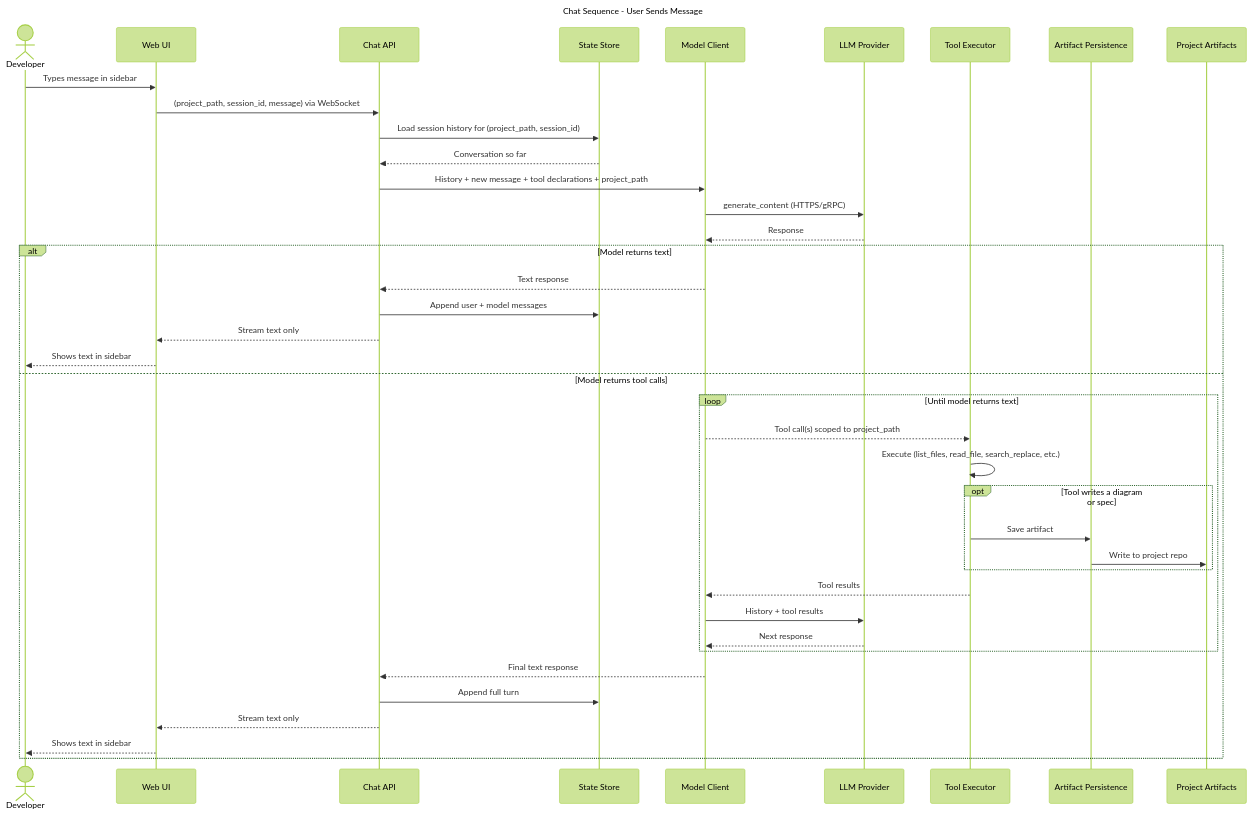
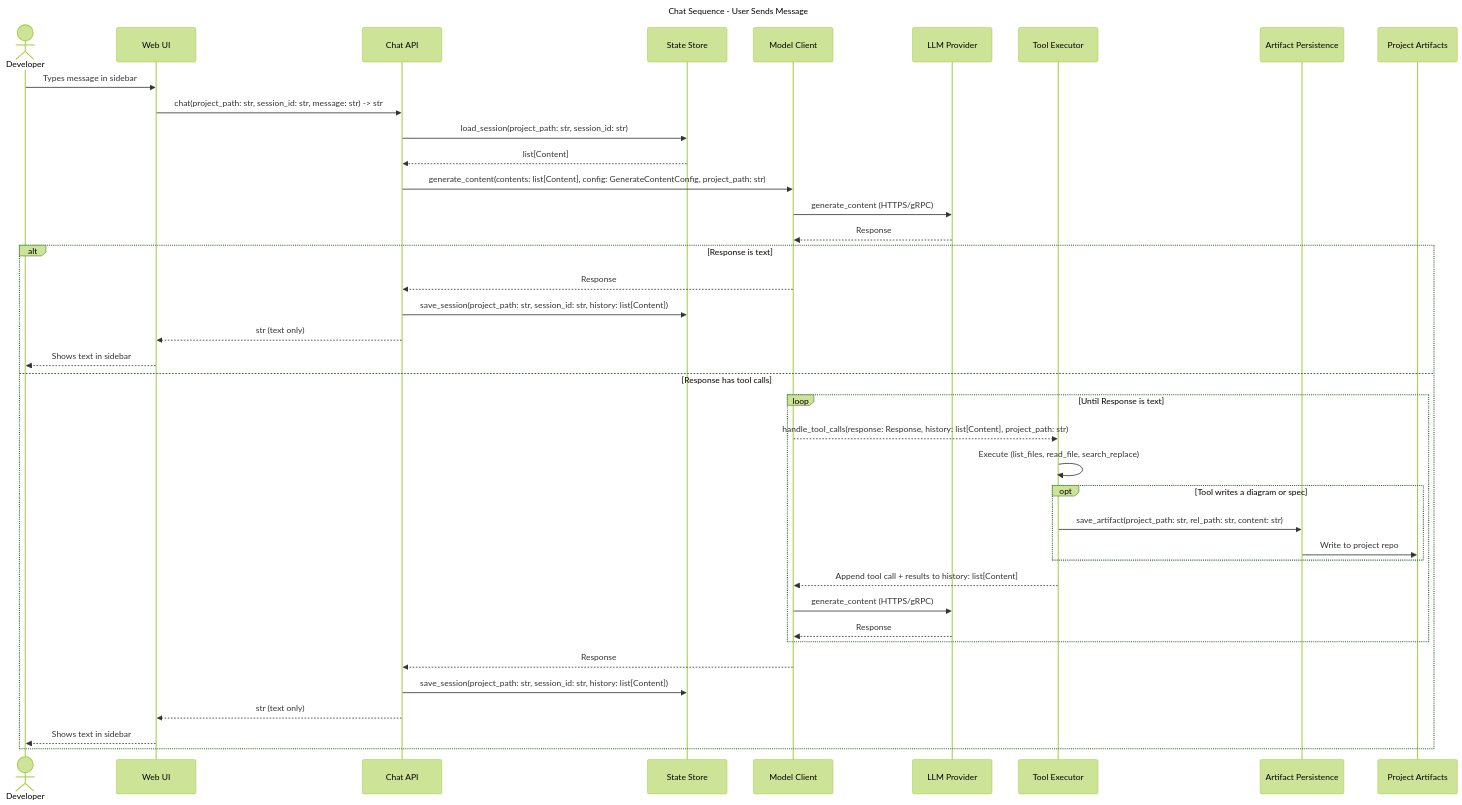
Before and after one commit to RohanAwhad/bazinga: the diagram in .dingllm/specs/v3/005_server_chat_sequence.mmd, drawn with Mermaid (forest theme). The commit also changed 2 other files, not shown here.

Commit message:
docs: add code-level diagrams and refine chat sequence with typed signatures
.dingllm/specs/v3/005_server_chat_sequence.mmd
- Replace informal labels with typed function signatures (load_session, save_session, generate_content, handle_tool_calls, save_artifact)
- Clarify loop condition and return types in alt branches

.dingllm/specs/v3/007_server_code.mmd
- Add code-level class diagram for ChatAPI, ModelClient, ToolExecutor, ArtifactPersistence, StateStore
- Include google-genai SDK types (Content, Tool, GenerateContentConfig, Response)

.dingllm/specs/v3/008_artifact_api_code.mmd
- Add code-level class diagram for ArtifactAPI, ArtifactPersistence, ArtifactEntry

```diff
--- a/.dingllm/specs/v3/005_server_chat_sequence.mmd
+++ b/.dingllm/specs/v3/005_server_chat_sequence.mmd
@@ -1,46 +1,46 @@
 ---
 title: Chat Sequence - User Sends Message
 ---
 sequenceDiagram
     actor Dev as Developer
     participant WEB as Web UI
     participant CHAT as Chat API
     participant STATE as State Store
     participant MODEL as Model Client
     participant LLM as LLM Provider
     participant TOOLS as Tool Executor
     participant PERSIST as Artifact Persistence
     participant ARTIFACTS as Project Artifacts
 
     Dev->>WEB: Types message in sidebar
-    WEB->>CHAT: (project_path, session_id, message) via WebSocket
+    WEB->>CHAT: chat(project_path: str, session_id: str, message: str) -> str
 
-    CHAT->>STATE: Load session history for (project_path, session_id)
-    STATE-->>CHAT: Conversation so far
+    CHAT->>STATE: load_session(project_path: str, session_id: str)
+    STATE-->>CHAT: list[Content]
 
-    CHAT->>MODEL: History + new message + tool declarations + project_path
+    CHAT->>MODEL: generate_content(contents: list[Content], config: GenerateContentConfig, project_path: str)
     MODEL->>LLM: generate_content (HTTPS/gRPC)
     LLM-->>MODEL: Response
 
-    alt Model returns text
-        MODEL-->>CHAT: Text response
-        CHAT->>STATE: Append user + model messages
-        CHAT-->>WEB: Stream text only
+    alt Response is text
+        MODEL-->>CHAT: Response
+        CHAT->>STATE: save_session(project_path: str, session_id: str, history: list[Content])
+        CHAT-->>WEB: str (text only)
         WEB-->>Dev: Shows text in sidebar
-    else Model returns tool calls
-        loop Until model returns text
-            MODEL-->>TOOLS: Tool call(s) scoped to project_path
-            TOOLS->>TOOLS: Execute (list_files, read_file, search_replace, etc.)
+    else Response has tool calls
+        loop Until Response is text
+            MODEL-->>TOOLS: handle_tool_calls(response: Response, history: list[Content], project_path: str)
+            TOOLS->>TOOLS: Execute (list_files, read_file, search_replace)
             opt Tool writes a diagram or spec
-                TOOLS->>PERSIST: Save artifact
+                TOOLS->>PERSIST: save_artifact(project_path: str, rel_path: str, content: str)
                 PERSIST->>ARTIFACTS: Write to project repo
             end
-            TOOLS-->>MODEL: Tool results
-            MODEL->>LLM: History + tool results
-            LLM-->>MODEL: Next response
+            TOOLS-->>MODEL: Append tool call + results to history: list[Content]
+            MODEL->>LLM: generate_content (HTTPS/gRPC)
+            LLM-->>MODEL: Response
         end
-        MODEL-->>CHAT: Final text response
-        CHAT->>STATE: Append full turn
-        CHAT-->>WEB: Stream text only
+        MODEL-->>CHAT: Response
+        CHAT->>STATE: save_session(project_path: str, session_id: str, history: list[Content])
+        CHAT-->>WEB: str (text only)
         WEB-->>Dev: Shows text in sidebar
     end
```
